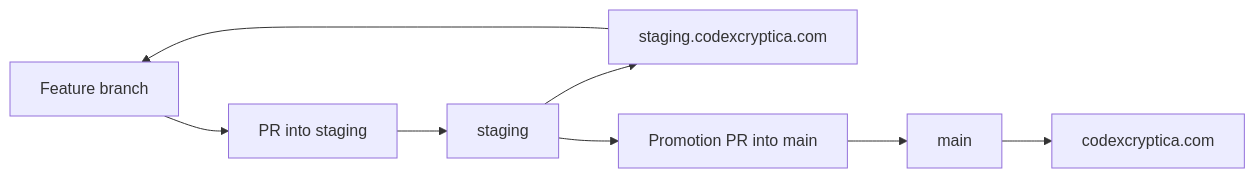
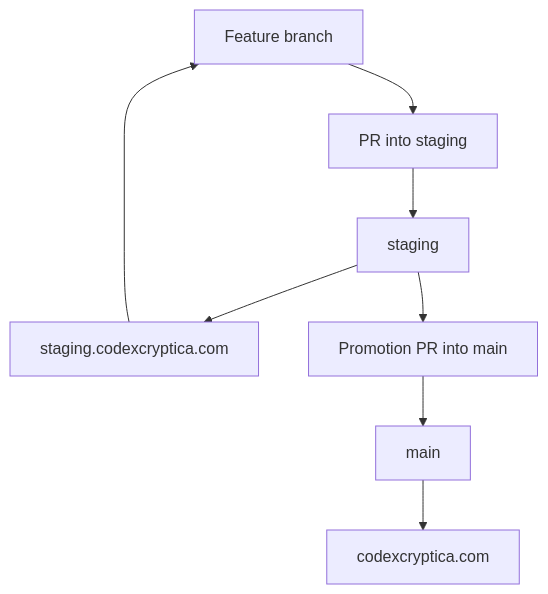
Before and after one commit to eserlan/Codex-Cryptica: the diagram in docs/CI_DEPLOYMENT.md, drawn with Mermaid.

Commit message:
📝 Use top-down branch flow diagram

````diff
--- a/docs/CI_DEPLOYMENT.md
+++ b/docs/CI_DEPLOYMENT.md
@@ -41,10 +41,10 @@
 ```mermaid
-flowchart LR
+flowchart TD
   A[Feature branch] --> B[PR into staging]
   B --> C[staging]
   C --> D[staging.codexcryptica.com]
   C --> E[Promotion PR into main]
   E --> F[main]
   F --> G[codexcryptica.com]
   D --> A
 ```
````
